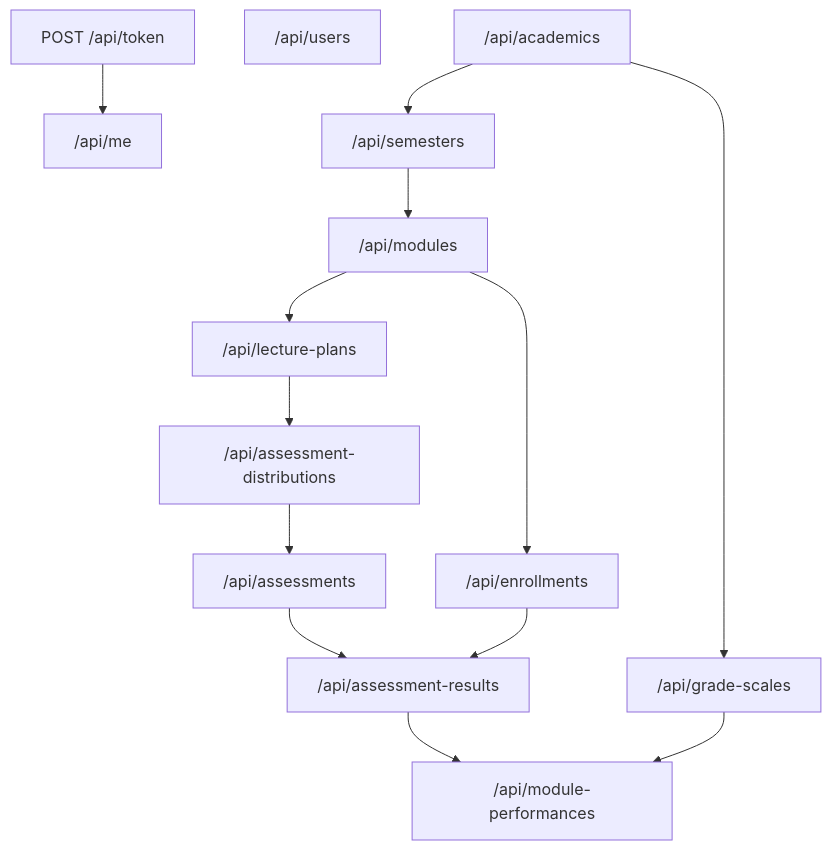
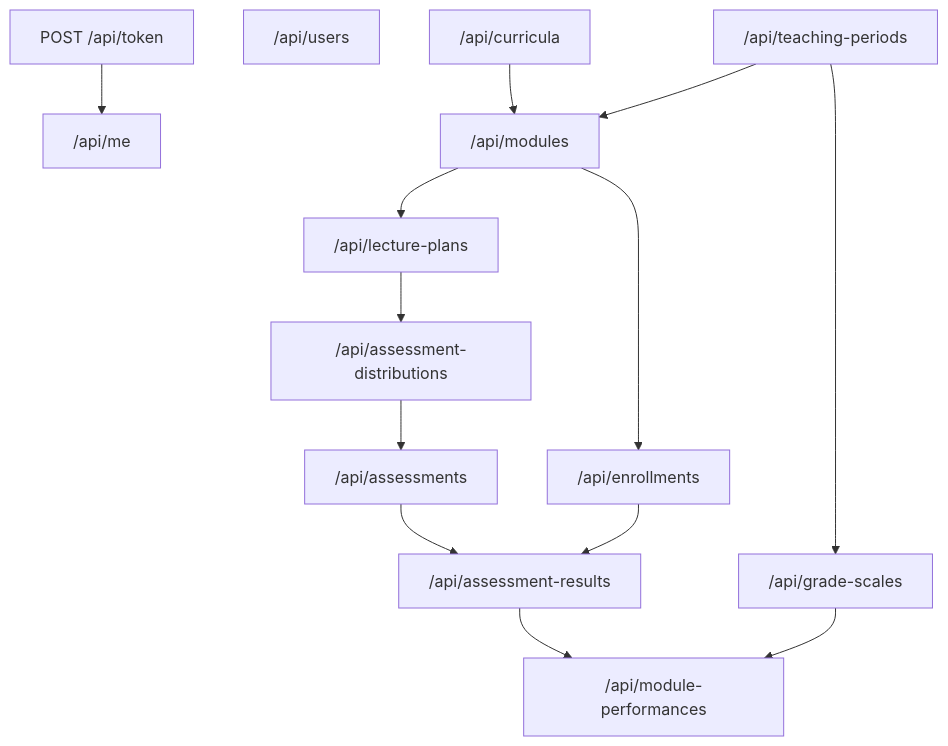
The first of 3 diagrams in docs/api-resources.md (PhyoeKyawThan/assessment_based_student_performance_analysis_system), drawn with Mermaid before and after one commit. The commit also changed other lines of this file and 25 other files, not shown here.

First line of the commit message:
feat(catalog): implement curriculum versioning and teaching periods

````diff
--- a/docs/api-resources.md
+++ b/docs/api-resources.md
@@ -7,26 +7,27 @@
 ```mermaid
 flowchart TD
     token["POST /api/token"]
     users["/api/users"]
     me["/api/me"]
-    academics["/api/academics"]
-    semesters["/api/semesters"]
+    periods["/api/teaching-periods"]
+    curricula["/api/curricula"]
     modules["/api/modules"]
     scales["/api/grade-scales"]
     plans["/api/lecture-plans"]
     distributions["/api/assessment-distributions"]
     assessments["/api/assessments"]
     enrollments["/api/enrollments"]
     results["/api/assessment-results"]
     snapshots["/api/module-performances"]
 
     token --> me
-    academics --> semesters --> modules
-    academics --> scales
+    curricula --> modules
+    periods --> modules
+    periods --> scales
     modules --> plans --> distributions --> assessments
     modules --> enrollments
     assessments --> results
     enrollments --> results
     results --> snapshots
     scales --> snapshots
 ```
````
